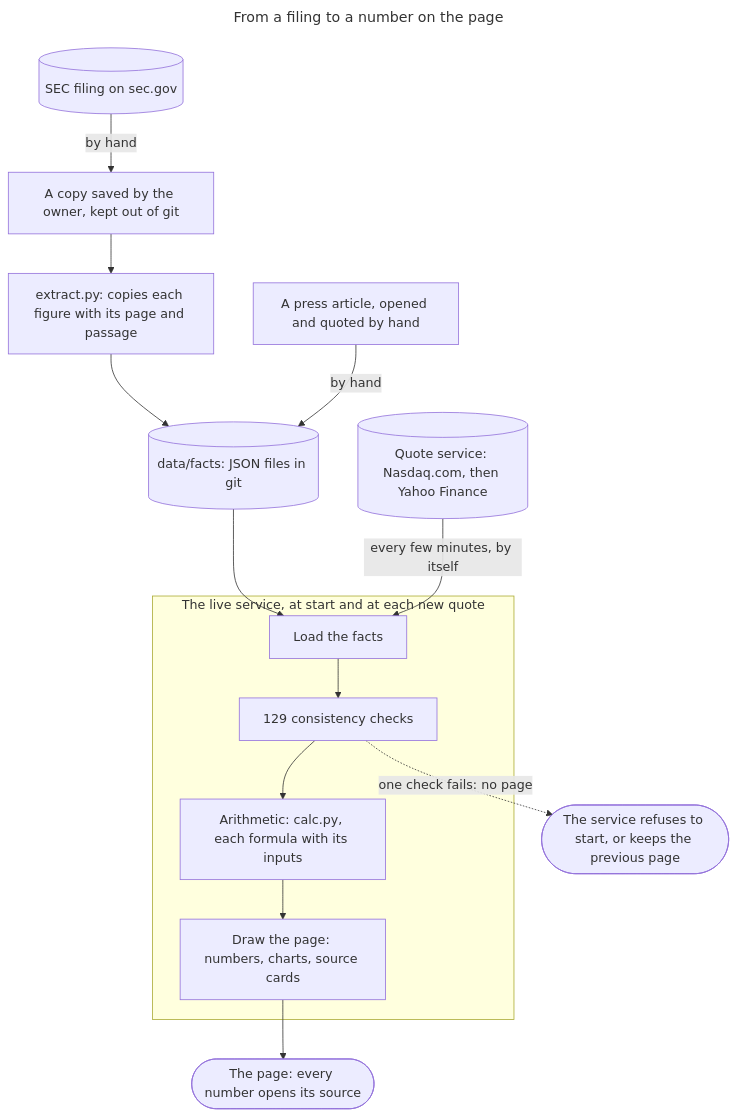
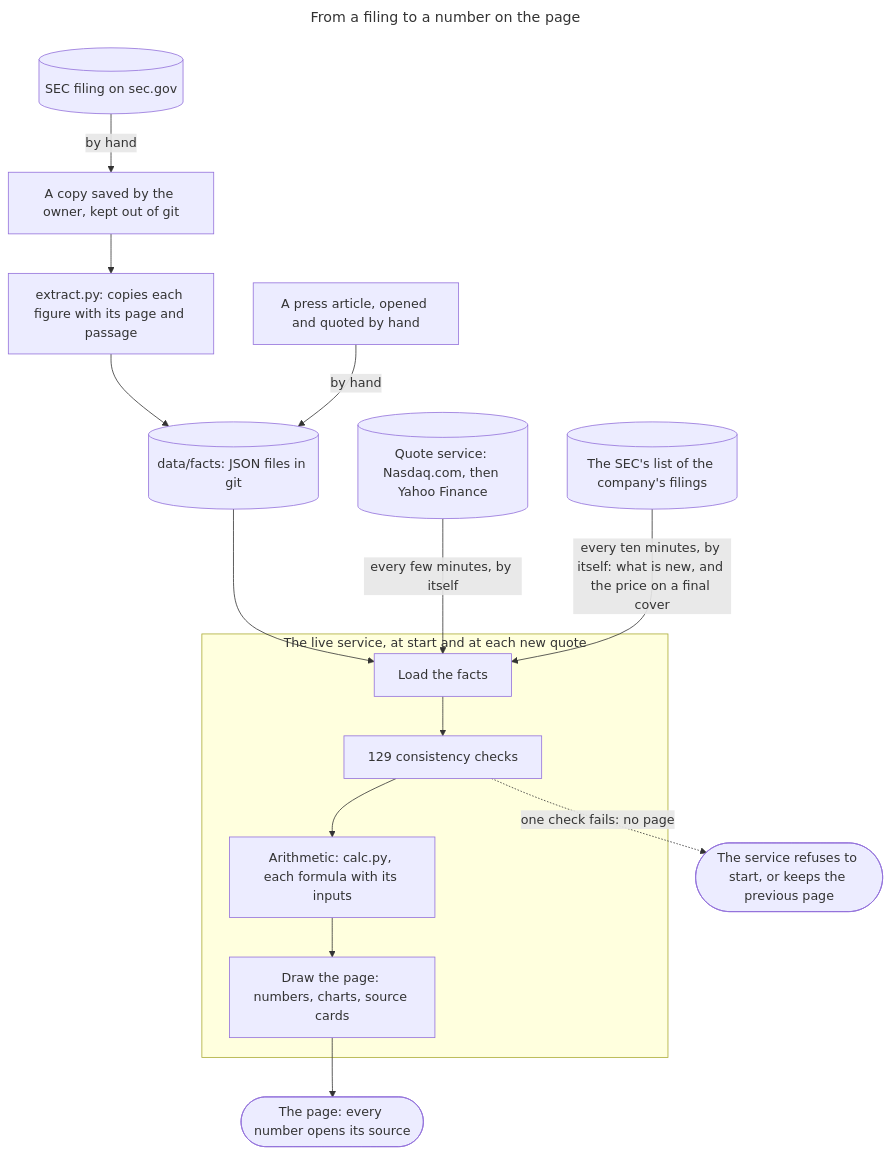
The first of 2 diagrams in HOW-IT-WORKS.md (sonixz/monitor-anthropic-ipo), drawn with Mermaid before and after one commit. The commit also changed other lines of this file and 26 other files, not shown here.

First line of the commit message:
feat(filings): watch the SEC's filing list and read the final price

````diff
--- a/HOW-IT-WORKS.md
+++ b/HOW-IT-WORKS.md
@@ -24,24 +24,26 @@
 ```mermaid
 ---
 title: From a filing to a number on the page
 ---
 flowchart TD
   filing[("SEC filing on sec.gov")]
   saved["A copy saved by the owner, kept out of git"]
   extract["extract.py: copies each figure with its page and passage"]
   facts[("data/facts: JSON files in git")]
   press["A press article, opened and quoted by hand"]
   quotes[("Quote service: Nasdaq.com, then Yahoo Finance")]
+  index[("The SEC's list of the company's filings")]
   subgraph service["The live service, at start and at each new quote"]
     load["Load the facts"]
     check["129 consistency checks"]
     calc["Arithmetic: calc.py, each formula with its inputs"]
     render["Draw the page: numbers, charts, source cards"]
   end
   page(["The page: every number opens its source"])
   filing -->|"by hand"| saved --> extract --> facts
   press -->|"by hand"| facts
   facts --> load --> check --> calc --> render --> page
   quotes -->|"every few minutes, by itself"| load
+  index -->|"every ten minutes, by itself: what is new, and the price on a final cover"| load
   check -.->|"one check fails: no page"| stop(["The service refuses to start, or keeps the previous page"])
 ```
````
